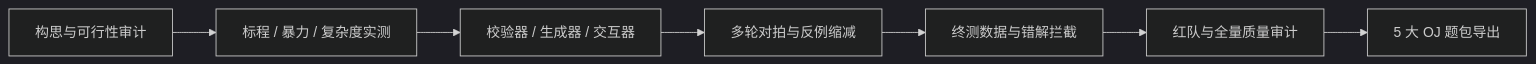
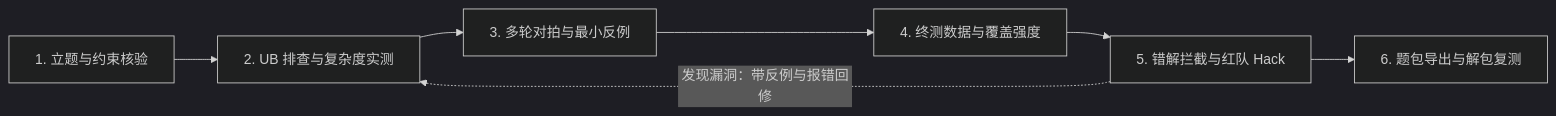
Before and after one commit to SZTU-ACM/AutoCode: the diagram in README.md, drawn with Mermaid (dark theme). The commit also changed other lines of this file, not shown here.

````diff
--- a/README.md
+++ b/README.md
@@ -41,9 +28,9 @@
 ```mermaid
 flowchart LR
-    A["构思与可行性审计"] --> B["标程 / 暴力 / 复杂度实测"]
-    B --> C["校验器 / 生成器 / 交互器"]
-    C --> D["多轮对拍与反例缩减"]
-    D --> E["终测数据与错解拦截"]
-    E --> F["红队与全量质量审计"]
-    F --> G["5 大 OJ 题包导出"]
+    A["1. 立题与约束核验"] --> B["2. UB 排查与复杂度实测"]
+    B --> C["3. 多轮对拍与最小反例"]
+    C --> D["4. 终测数据与覆盖强度"]
+    D --> E["5. 错解拦截与红队 Hack"]
+    E --> F["6. 题包导出与解包复测"]
+    E -. "发现漏洞：带反例与报错回修" .-> B
 ```
````
